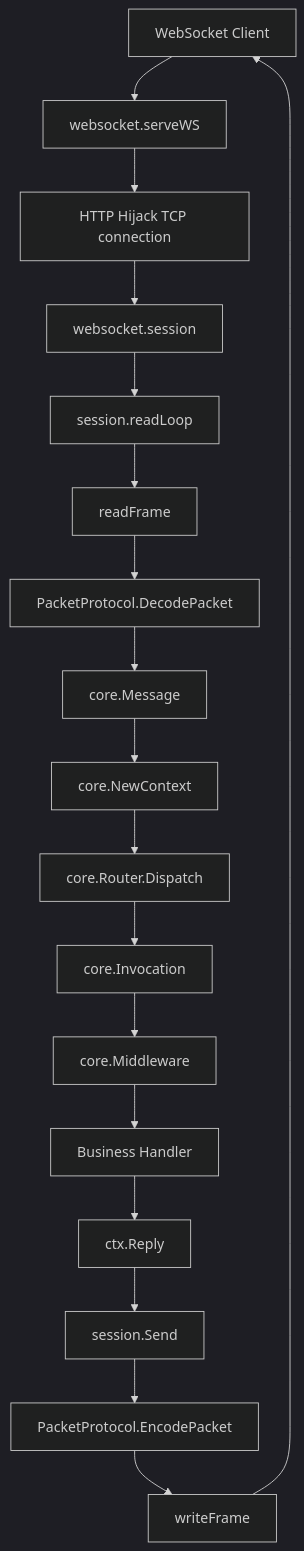
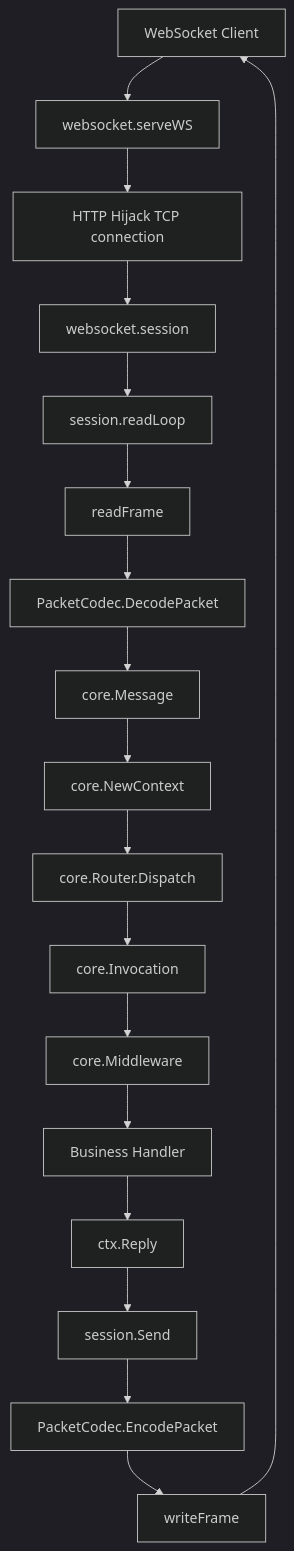
One commit to saramand9/kpro changed the fourth of 8 diagrams in docs/call-flow.md. Above: the diagram before and after it, drawn with Mermaid (dark theme). The commit also changed other lines of this file and 151 other files, not shown here.

First line of the commit message:
refactor: clarify app architecture and codec layer

````diff
--- a/docs/call-flow.md
+++ b/docs/call-flow.md
@@ -117,20 +117,20 @@
 ```mermaid
 flowchart TD
     Client[WebSocket Client] --> Upgrade[websocket.serveWS]
     Upgrade --> Hijack[HTTP Hijack TCP connection]
     Hijack --> WSSession[websocket.session]
     WSSession --> ReadLoop[session.readLoop]
     ReadLoop --> ReadFrame[readFrame]
-    ReadFrame --> DecodePacket[PacketProtocol.DecodePacket]
+    ReadFrame --> DecodePacket[PacketCodec.DecodePacket]
     DecodePacket --> Message[core.Message]
     Message --> Context[core.NewContext]
     Context --> Dispatch[core.Router.Dispatch]
     Dispatch --> Invocation[core.Invocation]
     Invocation --> Middleware[core.Middleware]
     Middleware --> Handler[Business Handler]
     Handler --> Reply[ctx.Reply]
     Reply --> Send[session.Send]
-    Send --> EncodePacket[PacketProtocol.EncodePacket]
+    Send --> EncodePacket[PacketCodec.EncodePacket]
     EncodePacket --> WriteFrame[writeFrame]
     WriteFrame --> Client
 ```
````
